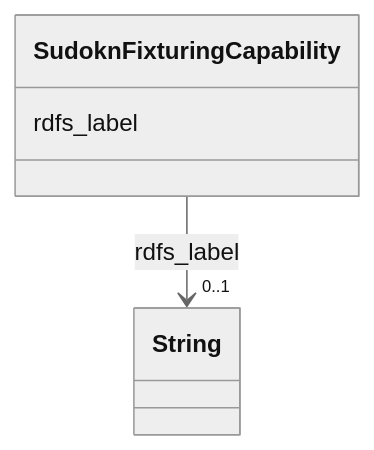
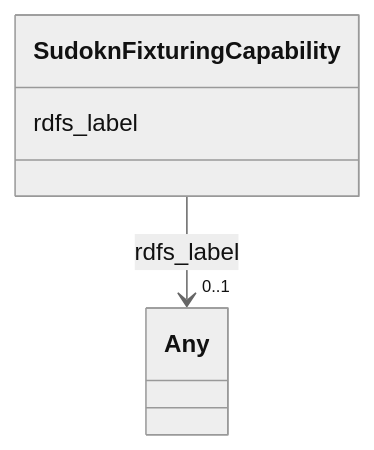
One commit to frink-okn/graph-descriptions changed the diagram in sudokn-kg/classes/SudoknFixturingCapability.md. Above: the diagram before and after it, drawn with Mermaid (neutral theme). The commit also changed other lines of this file and 903 other files, not shown here.

````diff
--- a/sudokn-kg/classes/SudoknFixturingCapability.md
+++ b/sudokn-kg/classes/SudoknFixturingCapability.md
@@ -23,15 +18,15 @@
 ```mermaid
  classDiagram
     class SudoknFixturingCapability
     click SudoknFixturingCapability href "../SudoknFixturingCapability"
       SudoknFixturingCapability : rdfs_label
         
           
     
     
-    SudoknFixturingCapability --> "0..1" String : rdfs_label
-    click String href "../String"
+    SudoknFixturingCapability --> "0..1" Any : rdfs_label
+    click Any href "../Any"
 
         
       
 ```
````
